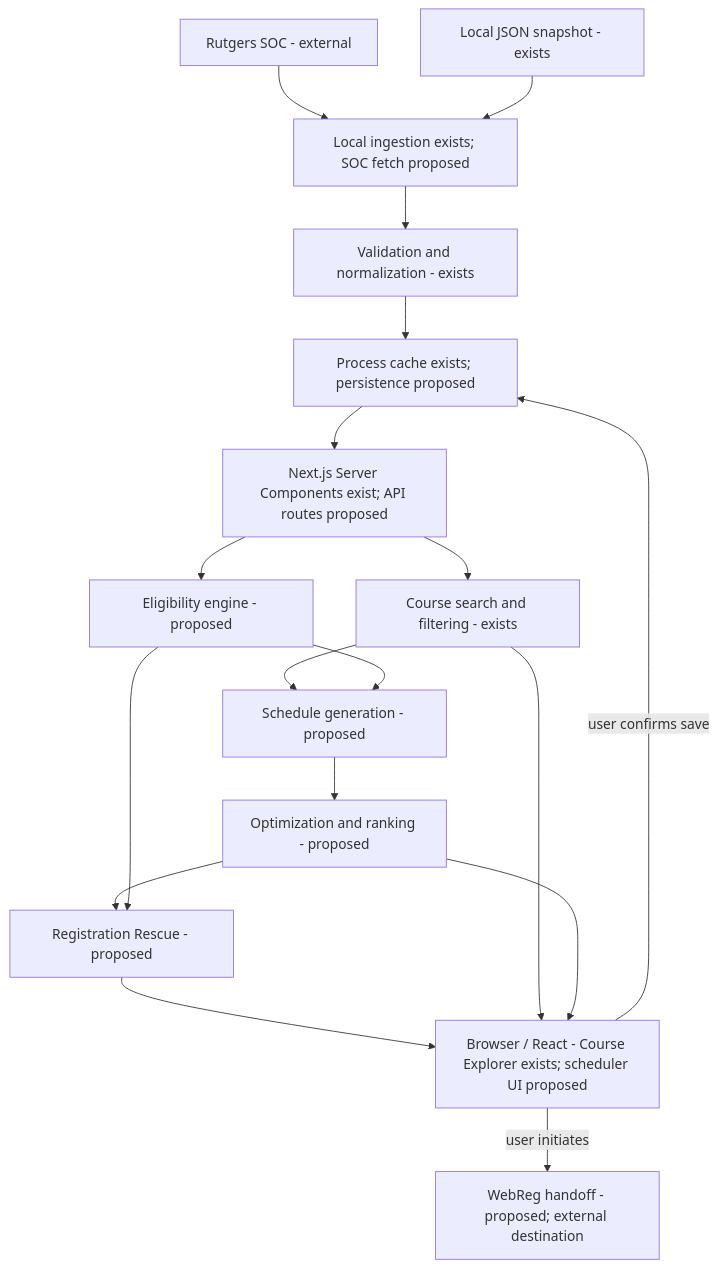
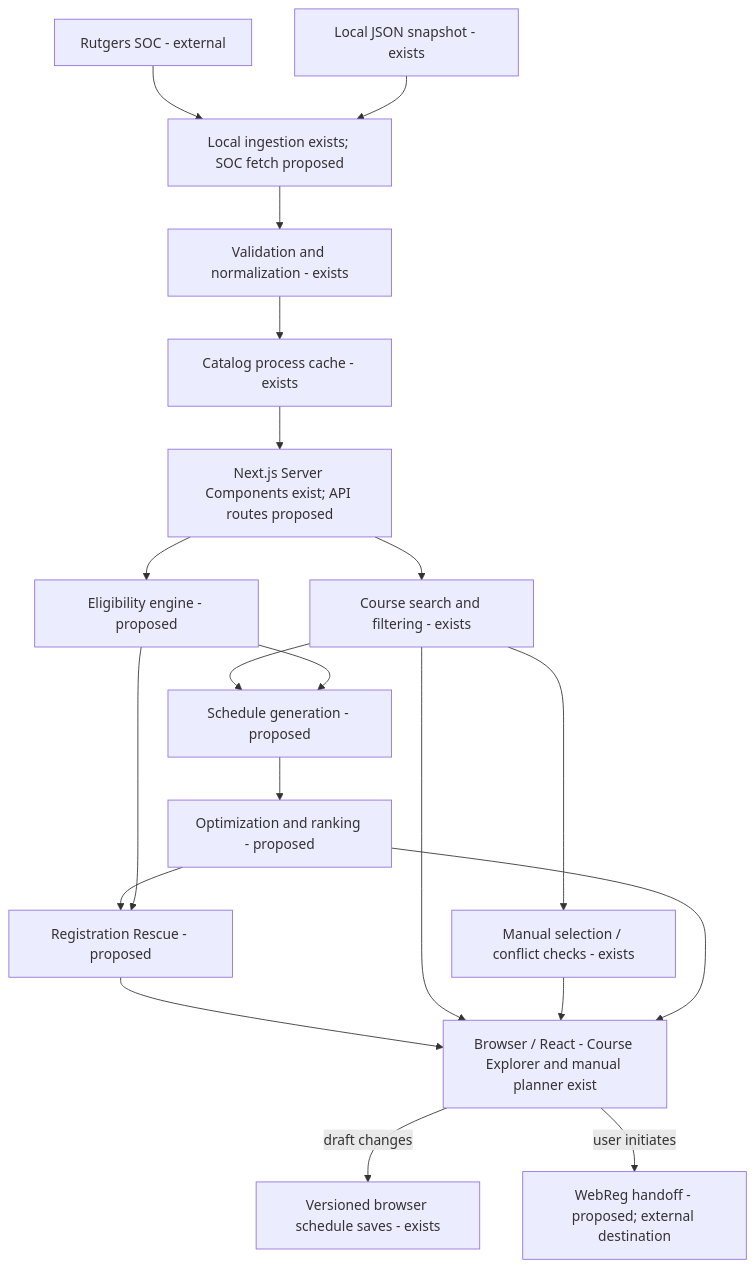
The first of 2 diagrams in docs/ARCHITECTURE.md (emreakg0/bettercsp), drawn with Mermaid before and after one commit. The commit also changed other lines of this file and 12 other files, not shown here.

Commit message:
Add interactive schedule planner with local saves and conflict detection

````diff
--- a/docs/ARCHITECTURE.md
+++ b/docs/ARCHITECTURE.md
@@ -47,20 +51,22 @@
 ```mermaid
 flowchart TD
   SOC["Rutgers SOC - external"] --> I["Local ingestion exists; SOC fetch proposed"]
   RAW["Local JSON snapshot - exists"] --> I
   I --> N["Validation and normalization - exists"]
-  N --> P["Process cache exists; persistence proposed"]
+  N --> P["Catalog process cache - exists"]
   P --> S["Next.js Server Components exist; API routes proposed"]
   S --> Q["Course search and filtering - exists"]
   S --> E["Eligibility engine - proposed"]
   Q --> G["Schedule generation - proposed"]
   E --> G
   G --> R["Optimization and ranking - proposed"]
   R --> X["Registration Rescue - proposed"]
   E --> X
-  X --> UI["Browser / React - Course Explorer exists; scheduler UI proposed"]
+  X --> UI["Browser / React - Course Explorer and manual planner exist"]
   Q --> UI
+  Q --> MANUAL["Manual selection / conflict checks - exists"]
+  MANUAL --> UI
   R --> UI
-  UI -->|user confirms save| P
+  UI -->|draft changes| B["Versioned browser schedule saves - exists"]
   UI -->|user initiates| W["WebReg handoff - proposed; external destination"]
 ```
````
